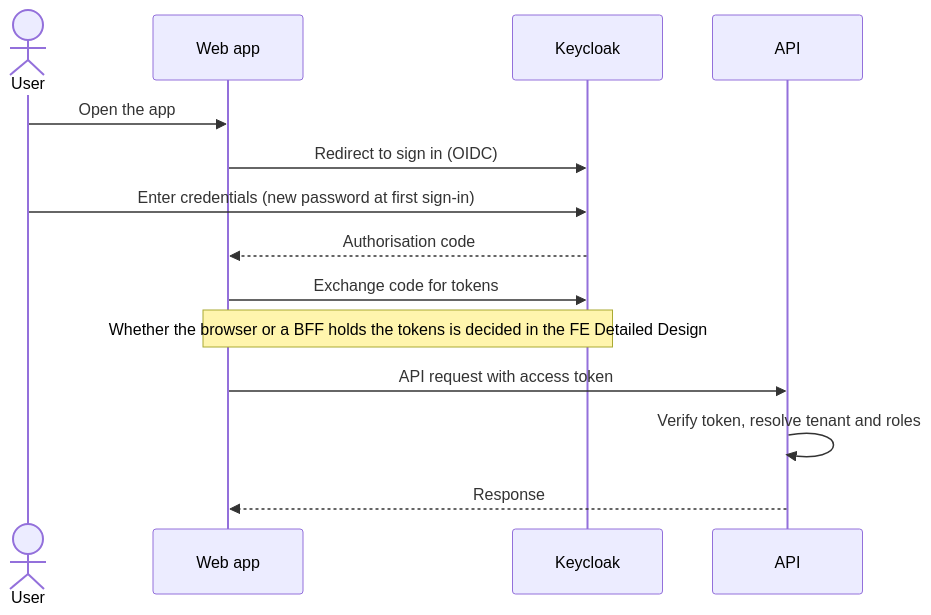
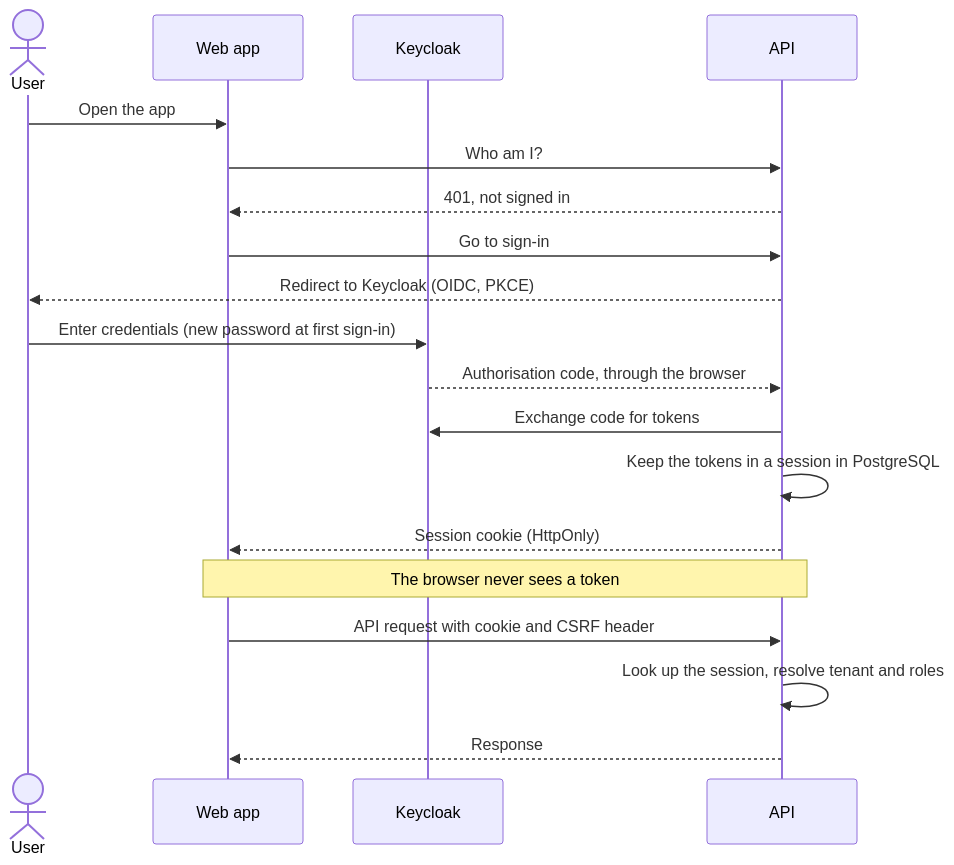
One commit to RayD-Dev/mytimesheetapp.com changed the third of 5 diagrams in docs/notion/hl-design.md. Above: the diagram before and after it, drawn with Mermaid. The commit also changed other lines of this file and 9 other files, not shown here.

````diff
--- a/docs/notion/hl-design.md
+++ b/docs/notion/hl-design.md
@@ -296,16 +296,21 @@
 ```mermaid
 sequenceDiagram
     actor U as User
     participant W as Web app
     participant K as Keycloak
     participant A as API
     U->>W: Open the app
-    W->>K: Redirect to sign in (OIDC)
+    W->>A: Who am I?
+    A-->>W: 401, not signed in
+    W->>A: Go to sign-in
+    A-->>U: Redirect to Keycloak (OIDC, PKCE)
     U->>K: Enter credentials (new password at first sign-in)
-    K-->>W: Authorisation code
-    W->>K: Exchange code for tokens
-    Note over W,K: Whether the browser or a BFF holds the tokens is decided in the FE Detailed Design
-    W->>A: API request with access token
-    A->>A: Verify token, resolve tenant and roles
+    K-->>A: Authorisation code, through the browser
+    A->>K: Exchange code for tokens
+    A->>A: Keep the tokens in a session in PostgreSQL
+    A-->>W: Session cookie (HttpOnly)
+    Note over W,A: The browser never sees a token
+    W->>A: API request with cookie and CSRF header
+    A->>A: Look up the session, resolve tenant and roles
     A-->>W: Response
 ```
````
